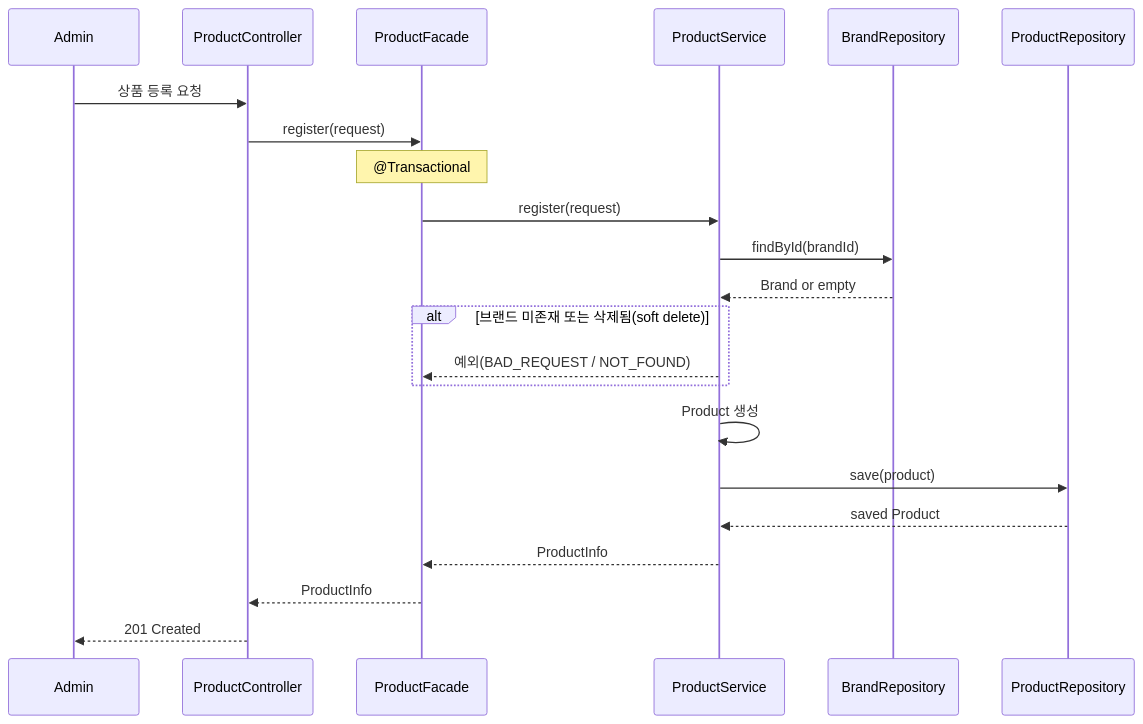
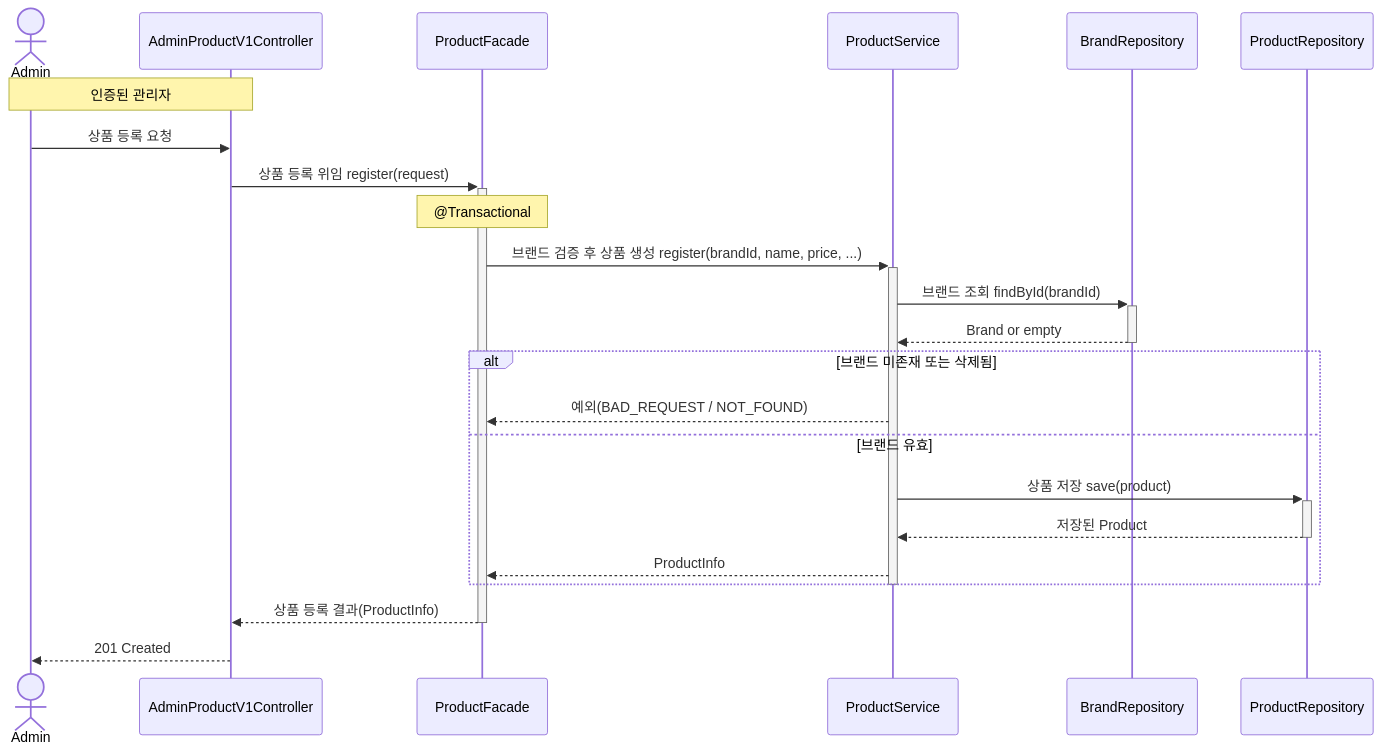
One commit to Loopers-dev-lab/loop-pack-be-l2-vol3-java changed the third of 8 diagrams in .docs/design/02-sequence-diagrams.md. Above: the diagram before and after it, drawn with Mermaid. The commit also changed other lines of this file and 3 other files, not shown here.

````diff
--- a/.docs/design/02-sequence-diagrams.md
+++ b/.docs/design/02-sequence-diagrams.md
@@ -16,27 +75,34 @@
 ```mermaid
 sequenceDiagram
-    participant Admin
-    participant ProductController
-    participant ProductFacade
+    actor Admin
+    participant Controller as AdminProductV1Controller
+    participant Facade as ProductFacade
     participant ProductService
     participant BrandRepository
     participant ProductRepository
 
-    Admin->>ProductController: 상품 등록 요청
-    ProductController->>ProductFacade: register(request)
-    Note over ProductFacade: @Transactional
-    ProductFacade->>ProductService: register(request)
+    Note over Admin, Controller: 인증된 관리자
+    Admin->>Controller: 상품 등록 요청
 
-    ProductService->>BrandRepository: findById(brandId)
-    BrandRepository-->>ProductService: Brand or empty
-    alt 브랜드 미존재 또는 삭제됨(soft delete)
-        ProductService-->>ProductFacade: 예외(BAD_REQUEST / NOT_FOUND)
+    Controller->>+Facade: 상품 등록 위임 register(request)
+    Note over Facade: @Transactional
+
+    Facade->>+ProductService: 브랜드 검증 후 상품 생성 register(brandId, name, price, ...)
+
+    ProductService->>+BrandRepository: 브랜드 조회 findById(brandId)
+    BrandRepository-->>-ProductService: Brand or empty
+
+    alt 브랜드 미존재 또는 삭제됨
+        ProductService-->>Facade: 예외(BAD_REQUEST / NOT_FOUND)
+    else 브랜드 유효
+        ProductService->>+ProductRepository: 상품 저장 save(product)
+        ProductRepository-->>-ProductService: 저장된 Product
+        ProductService-->>Facade: ProductInfo
     end
 
-    ProductService->>ProductService: Product 생성
-    ProductService->>ProductRepository: save(product)
-    ProductRepository-->>ProductService: saved Product
-    ProductService-->>ProductFacade: ProductInfo
-    ProductFacade-->>ProductController: ProductInfo
-    ProductController-->>Admin: 201 Created
+    % alt 블록이 끝난 후 ProductService 비활성화
+    deactivate ProductService
+
+    Facade-->>-Controller: 상품 등록 결과(ProductInfo)
+    Controller-->>Admin: 201 Created
 ```
````
